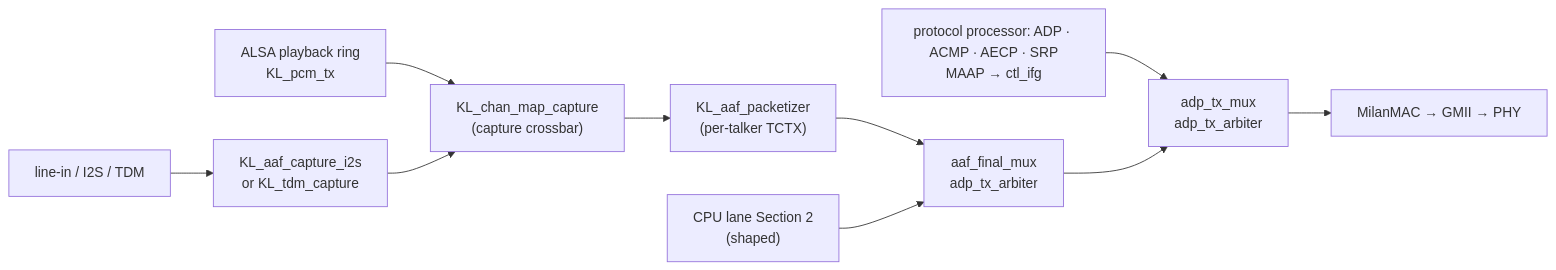
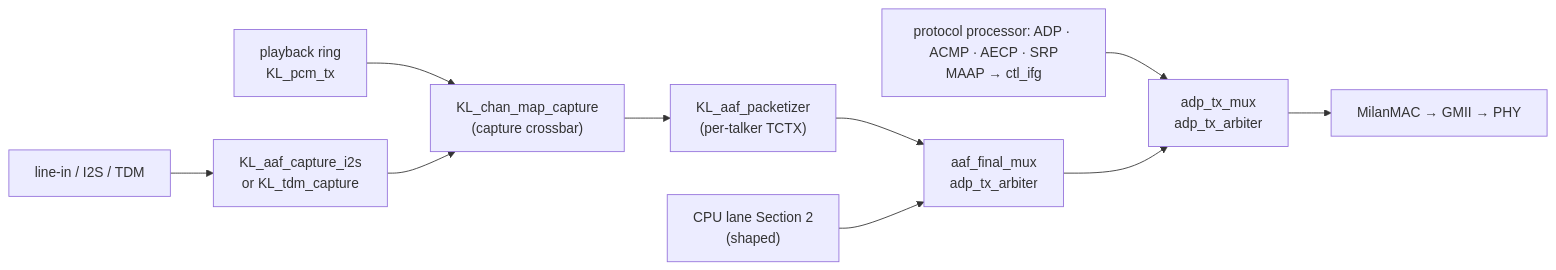
One commit to kebag-logic/milan-fpga changed the first of 3 diagrams in docs/fpga/DATAPLANE_WALKTHROUGH.md. Above: the diagram before and after it, drawn with Mermaid. The commit also changed other lines of this file and 75 other files, not shown here.

Commit message:
Clear the documentation corpus of the retired host stack: every page, diagram generator and rendered artifact now describes the bare-metal owner

````diff
--- a/docs/fpga/DATAPLANE_WALKTHROUGH.md
+++ b/docs/fpga/DATAPLANE_WALKTHROUGH.md
@@ -70,12 +70,12 @@
 ```mermaid
 flowchart LR
     ADC["line-in / I2S / TDM"] --> CAP["KL_aaf_capture_i2s<br/>or KL_tdm_capture"]
-    RING["ALSA playback ring<br/>KL_pcm_tx"] --> XBAR
+    RING["playback ring<br/>KL_pcm_tx"] --> XBAR
     CAP --> XBAR["KL_chan_map_capture<br/>(capture crossbar)"]
     XBAR --> PKT["KL_aaf_packetizer<br/>(per-talker TCTX)"]
     PKT --> AMUX["aaf_final_mux<br/>adp_tx_arbiter"]
     CPU["CPU lane Section 2<br/>(shaped)"] --> AMUX
     CTRL["protocol processor: ADP · ACMP · AECP · SRP<br/>MAAP → ctl_ifg"] --> TMUX
     AMUX --> TMUX["adp_tx_mux<br/>adp_tx_arbiter"]
     TMUX --> MAC["MilanMAC → GMII → PHY"]
 ```
````
